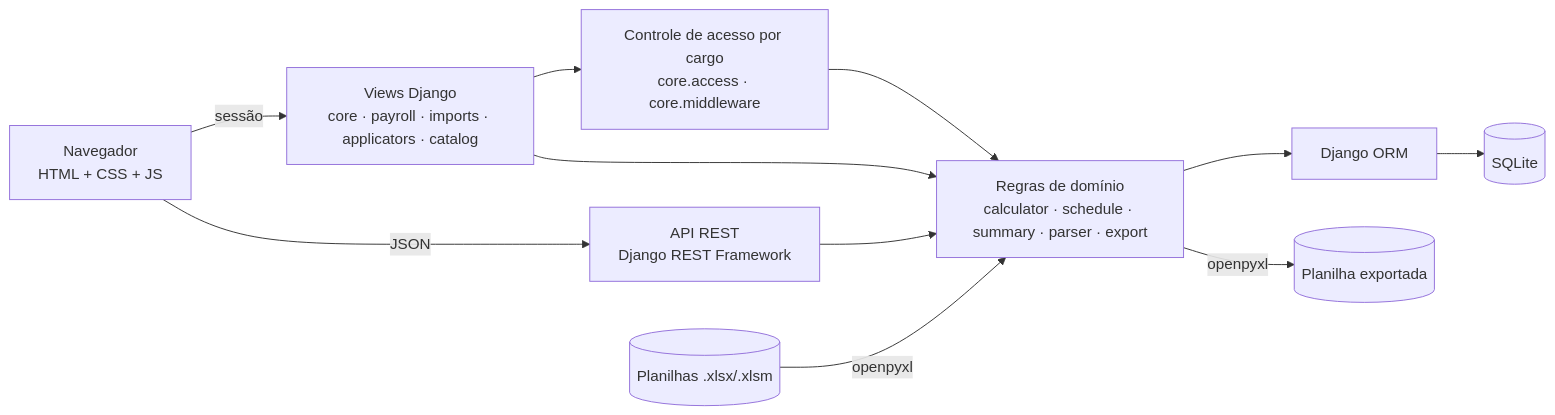
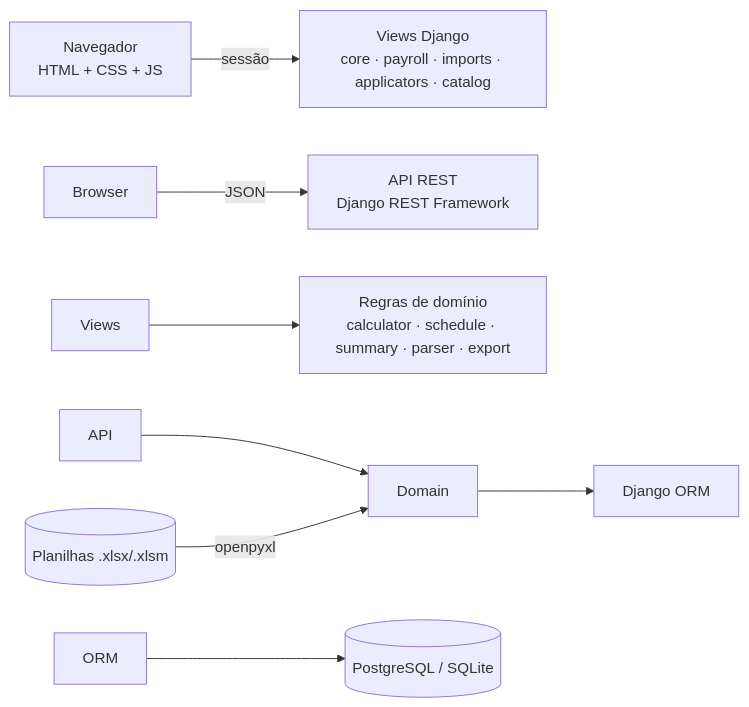
The third of 3 diagrams in README.md (bernardozschaber/tp1-eng-soft), drawn with Mermaid before and after one commit. The commit also changed other lines of this file, not shown here.

Commit message:
docs(readme): update UML diagrams, seed_demo and imports (1/4)

````diff
--- a/README.md
+++ b/README.md
@@ -403,13 +308,10 @@
 ```mermaid
 flowchart LR
-    Browser[Navegador<br/>HTML + CSS + JS] -->|sessão| Views[Views Django<br/>core · payroll · imports · applicators · catalog]
-    Browser -->|JSON| API[API REST<br/>Django REST Framework]
-    Views --> Access[Controle de acesso por cargo<br/>core.access · core.middleware]
-    Access --> Domain[Regras de domínio<br/>calculator · schedule · summary · parser · export]
-    Views --> Domain
+    Browser\\\[Navegador<br/>HTML + CSS + JS] -->|sessão| Views\\\[Views Django<br/>core · payroll · imports · applicators · catalog]
+    Browser -->|JSON| API\\\[API REST<br/>Django REST Framework]
+    Views --> Domain\\\[Regras de domínio<br/>calculator · schedule · summary · parser · export]
     API --> Domain
-    Domain --> ORM[Django ORM]
-    ORM --> DB[(SQLite)]
-    Excel[(Planilhas .xlsx/.xlsm)] -->|openpyxl| Domain
-    Domain -->|openpyxl| Export[(Planilha exportada)]
+    Domain --> ORM\\\[Django ORM]
+    ORM --> DB\\\[(PostgreSQL / SQLite)]
+    Excel\\\[(Planilhas .xlsx/.xlsm)] -->|openpyxl| Domain
 ```
````
